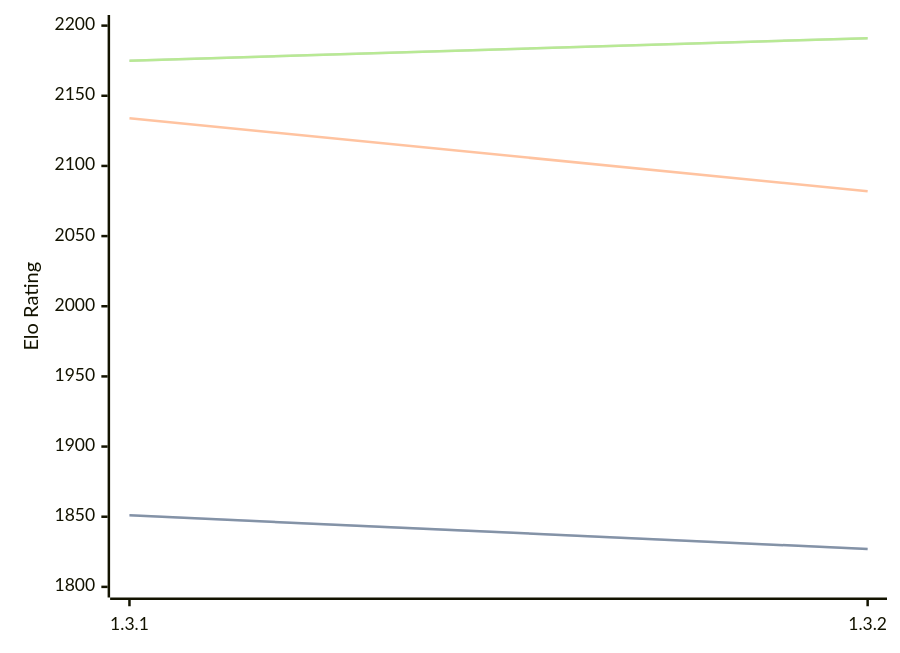
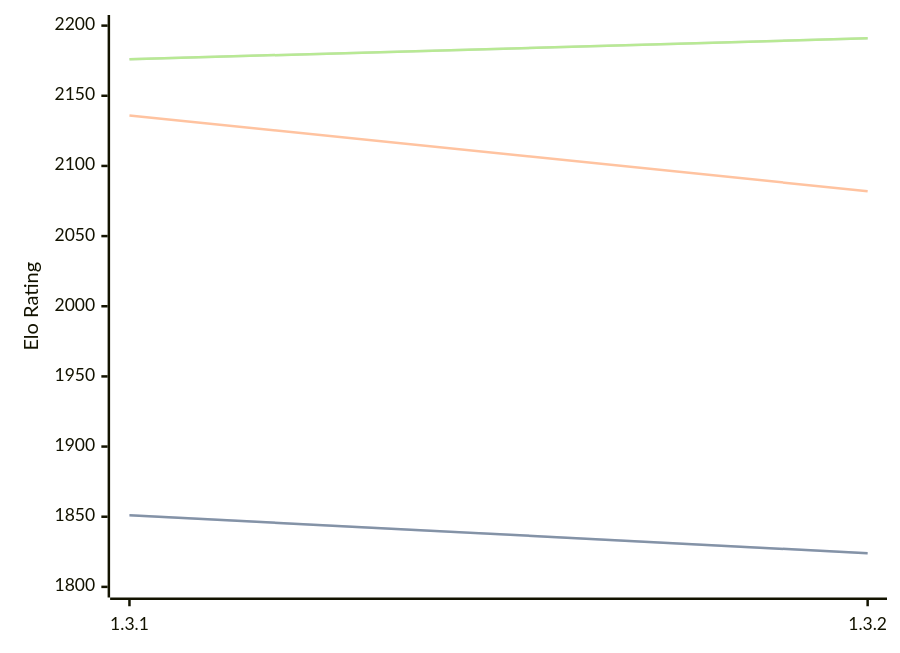
The first of 3 diagrams in engines/Zugblitz.md (computer-chess-index/cci), drawn with Mermaid before and after one commit. The commit also changed other lines of this file, not shown here.

Commit message:
Update CCI Ratings (ELO VLTC) - 2026-07-13

````diff
--- a/engines/Zugblitz.md
+++ b/engines/Zugblitz.md
@@ -32,11 +32,11 @@
 ```mermaid
 %%{init: {"theme":"base","themeVariables":{"seriesColors:['#a3a3a3','#222221','#faa371']}}}%%
 xychart-beta
   x-axis ["1.3.1", "1.3.2"]
   y-axis "Elo Rating" 1800 --> 2200
-  line "STC (8.0+0.08s)" [1851, 1827]
-  line "STC (8.0+0.08s)" [1851, 1827]
-  line "LTC (60.0+0.60s)" [2134, 2082]
-  line "VLTC (2m24s+1.12s)" [2175, 2191]
-  line "VLTC (2m24s+1.12s)" [2175, 2191]
+  line "STC (8.0+0.08s)" [1851, 1824]
+  line "STC (8.0+0.08s)" [1851, 1824]
+  line "LTC (60.0+0.60s)" [2136, 2082]
+  line "VLTC (2m24s+1.12s)" [2176, 2191]
+  line "VLTC (2m24s+1.12s)" [2176, 2191]
 ```
````
